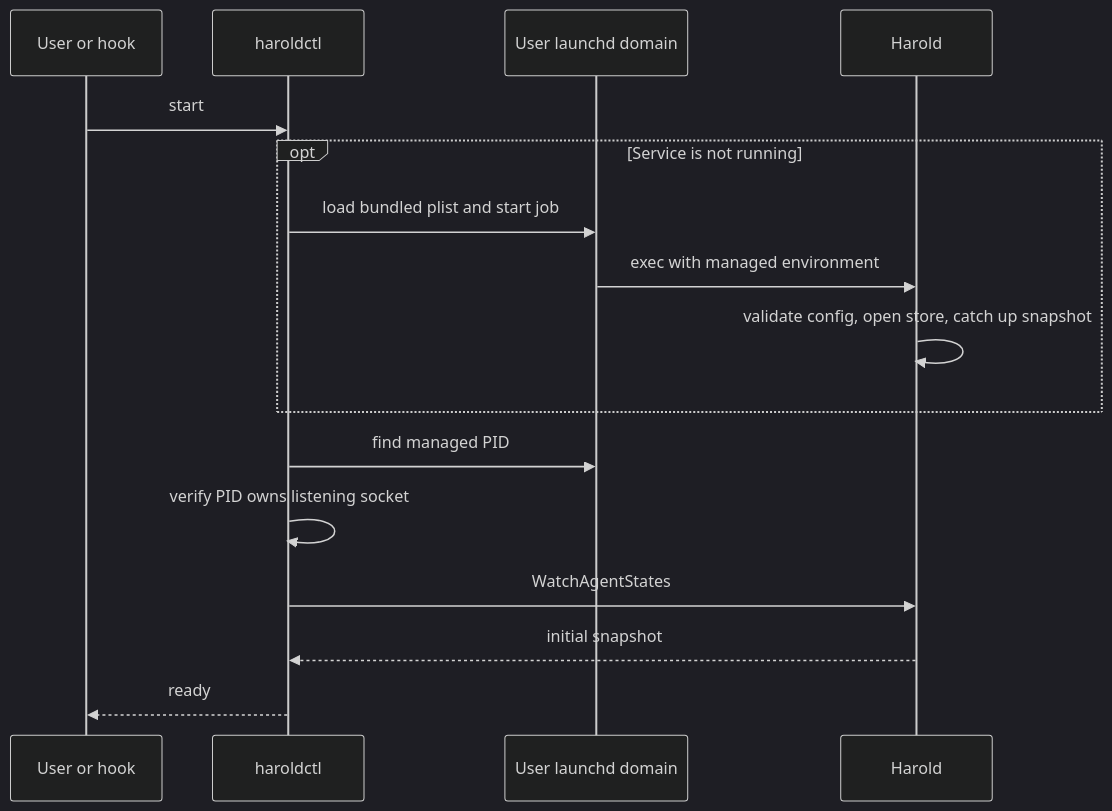
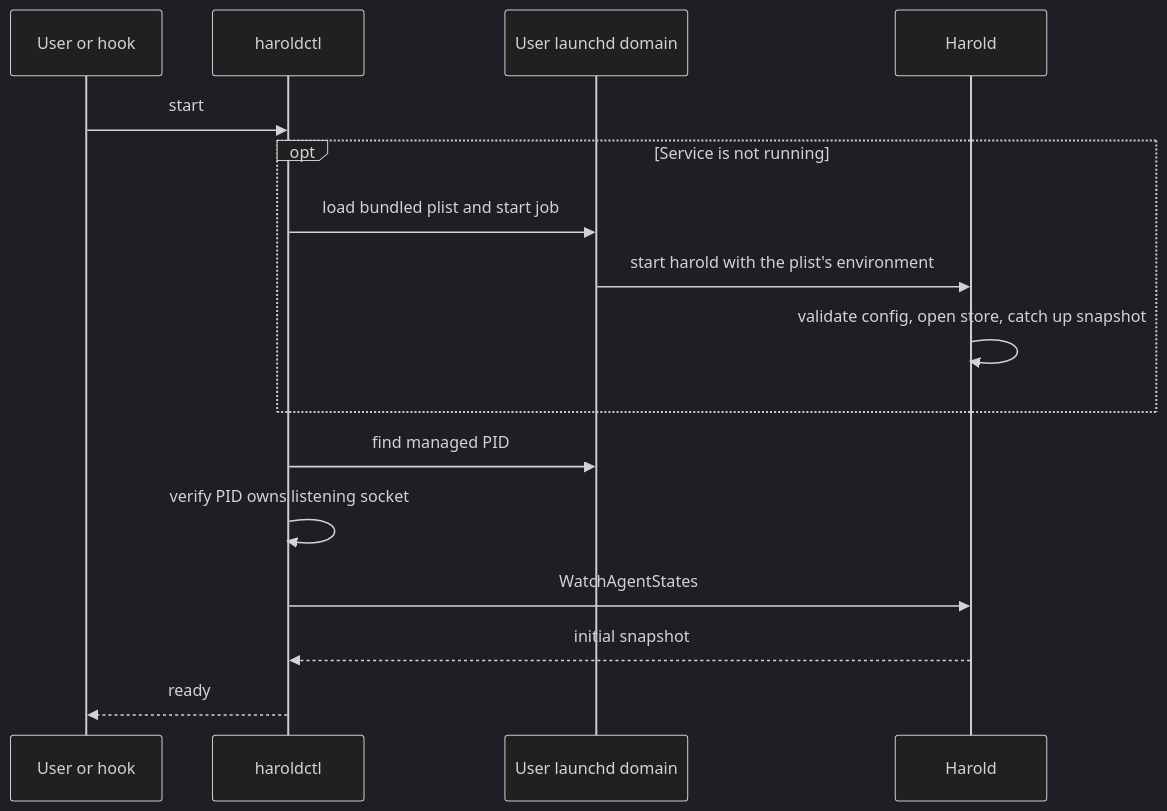
The diagram in docs/references/operation/README.md (kahgeh/harold), drawn with Mermaid (dark theme) before and after one commit. The commit also changed other lines of this file and 1 other file, not shown here.

````diff
--- a/docs/references/operation/README.md
+++ b/docs/references/operation/README.md
@@ -70,18 +76,18 @@
 ```mermaid
 sequenceDiagram
     participant Caller as User or hook
     participant Control as haroldctl
     participant Launchd as User launchd domain
     participant Harold
     Caller->>Control: start
     opt Service is not running
         Control->>Launchd: load bundled plist and start job
-        Launchd->>Harold: exec with managed environment
+        Launchd->>Harold: start harold with the plist's environment
         Harold->>Harold: validate config, open store, catch up snapshot
     end
     Control->>Launchd: find managed PID
     Control->>Control: verify PID owns listening socket
     Control->>Harold: WatchAgentStates
     Harold-->>Control: initial snapshot
     Control-->>Caller: ready
 ```
````
